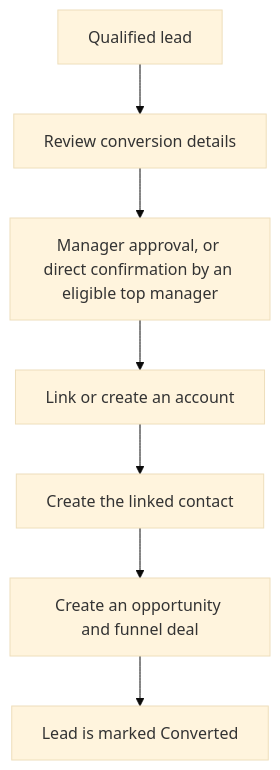
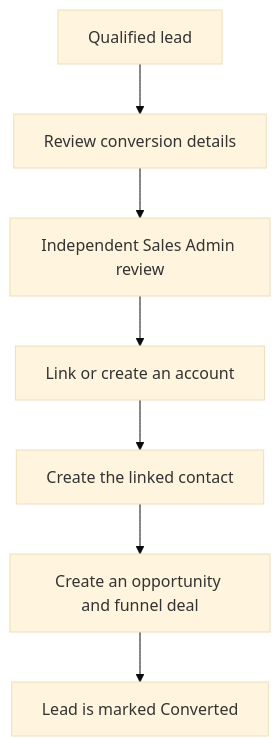
Before and after one commit to Super-ERP/crm-v2: the second of 2 diagrams in docs/gitbook-documentation/02-leads-management.md, drawn with Mermaid (base theme). The commit also changed other lines of this file and 281 other files, not shown here.

````diff
--- a/docs/gitbook-documentation/02-leads-management.md
+++ b/docs/gitbook-documentation/02-leads-management.md
@@ -124,9 +124,9 @@
 ```mermaid
 flowchart TD
     L["Qualified lead"] --> R["Review conversion details"]
-    R --> P["Manager approval, or direct confirmation by an eligible top manager"]
+    R --> P["Independent Sales Admin review"]
     P --> A["Link or create an account"]
     A --> C["Create the linked contact"]
     C --> O["Create an opportunity and funnel deal"]
     O --> D["Lead is marked Converted"]
 ```
````
